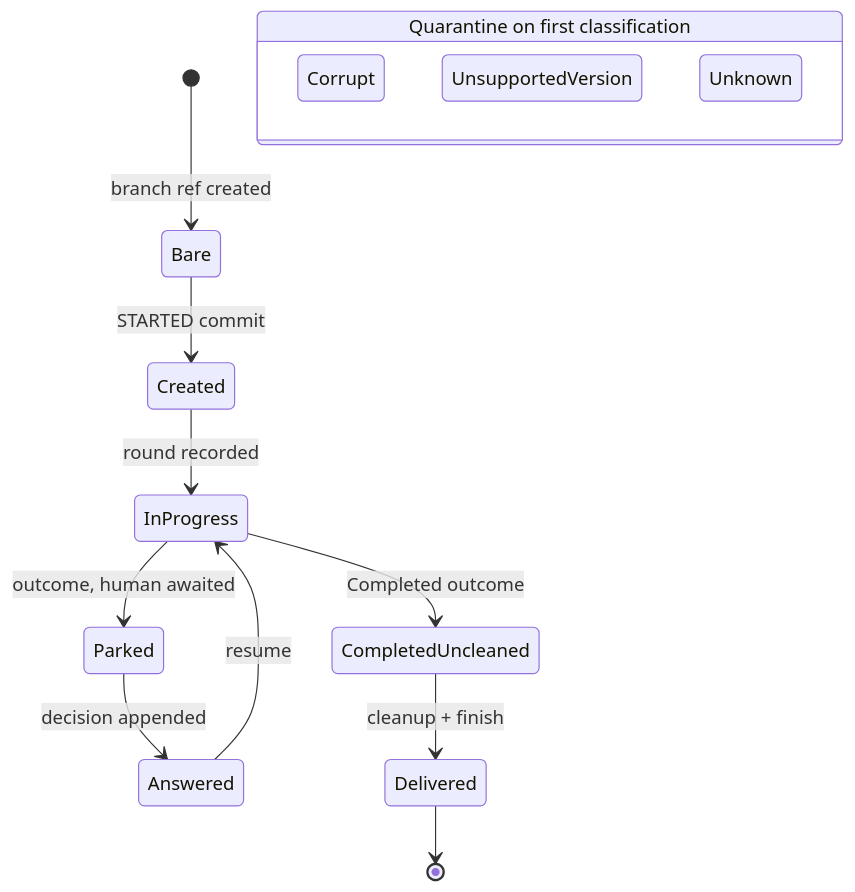
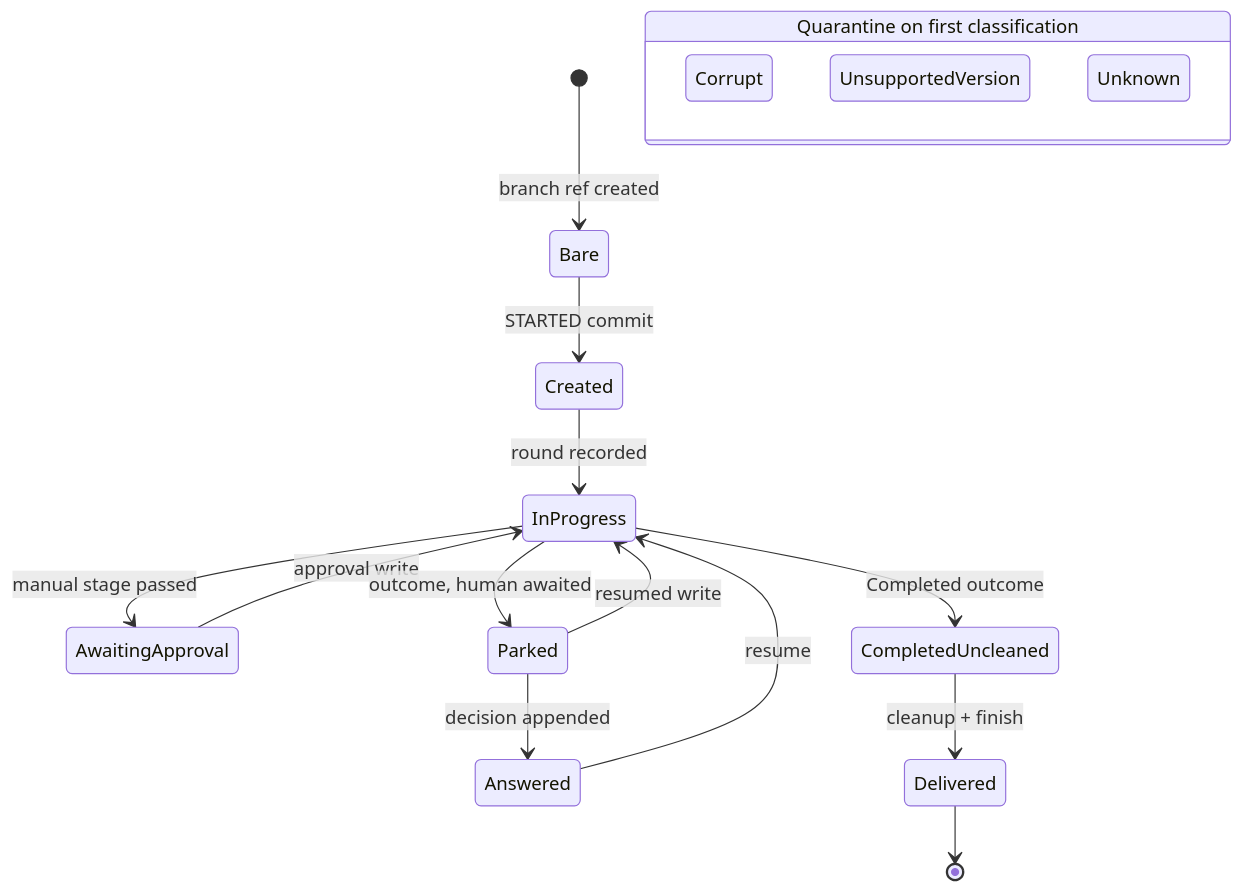
One commit to oinsio/gnomish-factory changed the first of 2 diagrams in openspec/specs/lifecycle/task-branch-contract/spec.md. Above: the diagram before and after it, drawn with Mermaid. The commit also changed other lines of this file and 386 other files, not shown here.

````diff
--- a/openspec/specs/lifecycle/task-branch-contract/spec.md
+++ b/openspec/specs/lifecycle/task-branch-contract/spec.md
@@ -29,18 +30,21 @@
 ```mermaid
 stateDiagram-v2
     [*] --> Bare: branch ref created
     Bare --> Created: STARTED commit
     Created --> InProgress: round recorded
+    InProgress --> AwaitingApproval: manual stage passed
+    AwaitingApproval --> InProgress: approval write
     InProgress --> Parked: outcome, human awaited
     Parked --> Answered: decision appended
+    Parked --> InProgress: resumed write
     Answered --> InProgress: resume
     InProgress --> CompletedUncleaned: Completed outcome
     CompletedUncleaned --> Delivered: cleanup + finish
     Delivered --> [*]
 
     state "Quarantine on first classification" as Q {
         Corrupt
         UnsupportedVersion
         Unknown
     }
 ```
````
